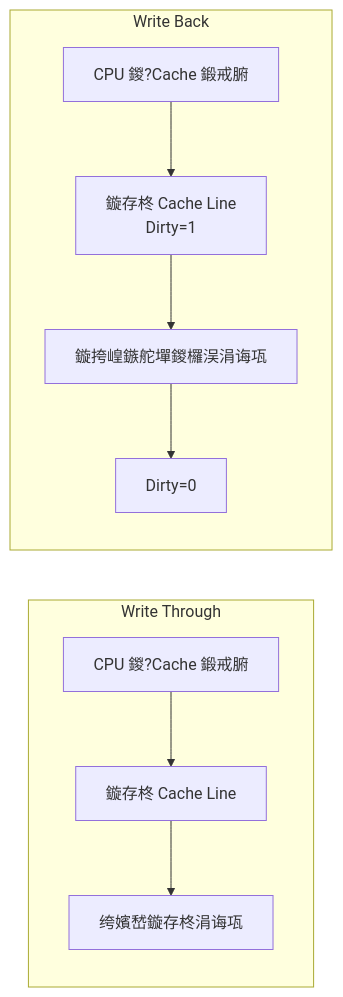
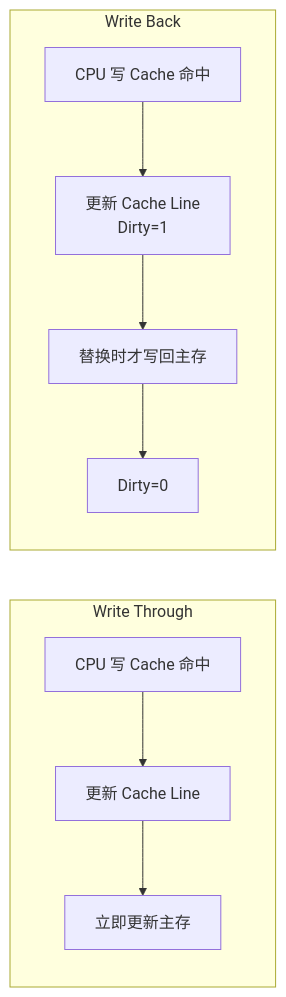
The ninth of 10 diagrams in 09-Notes/06-Cache基础与映射方式.md (muyuzhang29-oss/obsidian-knowledge-base), drawn with Mermaid before and after one commit. The commit also changed other lines of this file and 144 other files, not shown here.

````diff
--- a/09-Notes/06-Cache基础与映射方式.md
+++ b/09-Notes/06-Cache基础与映射方式.md
@@ -189,10 +189,10 @@
 ```mermaid
 flowchart LR
     subgraph WT[Write Through]
-        W1[CPU 鍐?Cache 鍛戒腑] --> W2[鏇存柊 Cache Line] --> W3[绔嬪嵆鏇存柊涓诲瓨]
+        W1[CPU 写 Cache 命中] --> W2[更新 Cache Line] --> W3[立即更新主存]
     end
     subgraph WB[Write Back]
-        B1[CPU 鍐?Cache 鍛戒腑] --> B2[鏇存柊 Cache Line<br/>Dirty=1] --> B3[鏇挎崲鏃舵墠鍐欏洖涓诲瓨]
+        B1[CPU 写 Cache 命中] --> B2[更新 Cache Line<br/>Dirty=1] --> B3[替换时才写回主存]
         B3 --> B4[Dirty=0]
     end
 ```
````
